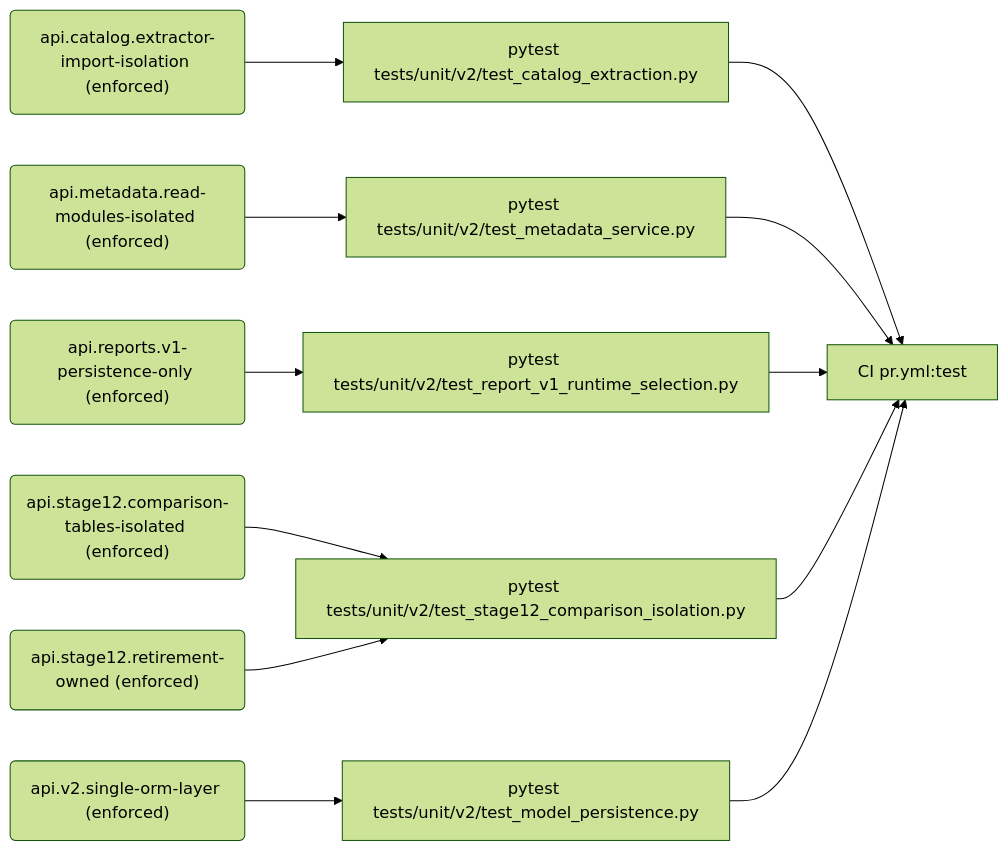
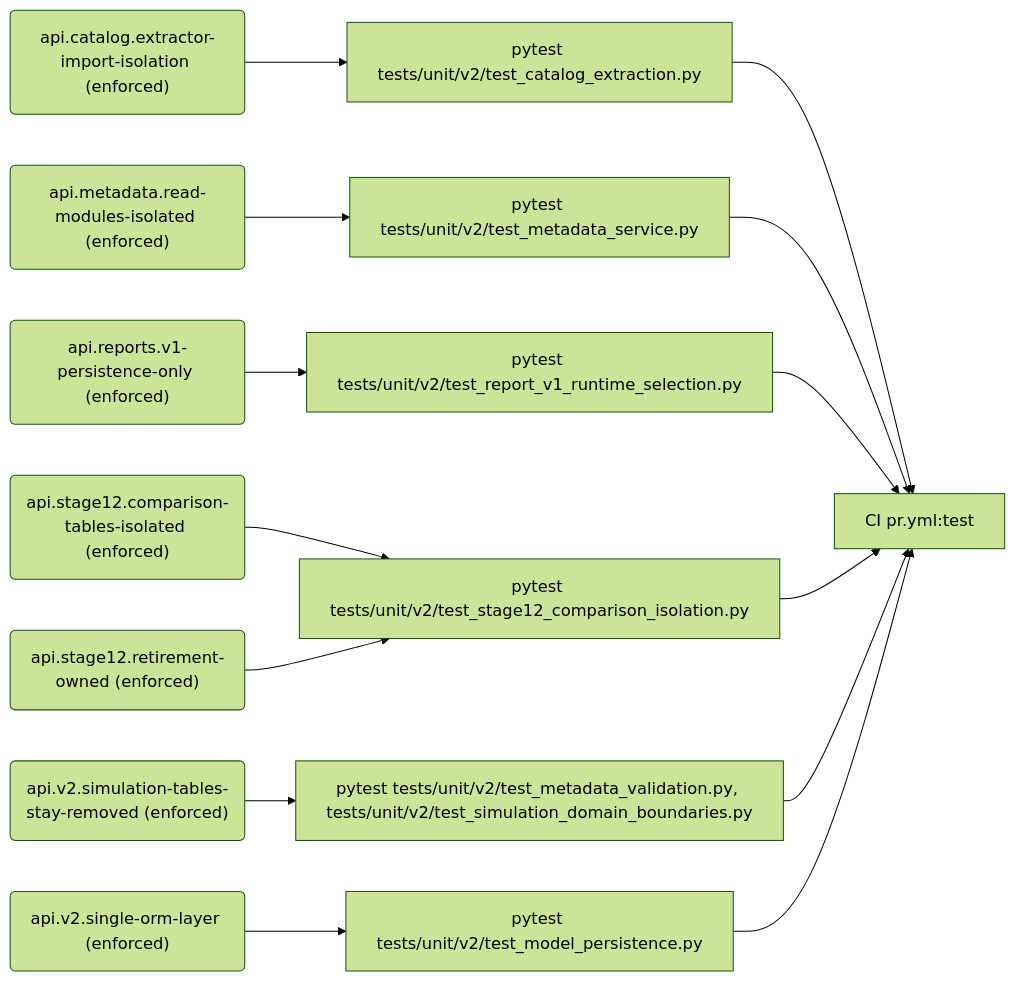
Before and after one commit to PolicyEngine/policyengine-api: the fourth of 11 diagrams in docs/generated/rules.md, drawn with Mermaid (forest theme). The commit also changed other lines of this file and 8 other files, not shown here.

First line of the commit message:
Register a rule that keeps the simulation-domain models removed

````diff
--- a/docs/generated/rules.md
+++ b/docs/generated/rules.md
@@ -212,26 +213,30 @@
 ```mermaid
 flowchart LR
   r_api_catalog_extractor_import_isolation("api.catalog.extractor-import-isolation (enforced)")
   e_pytest_tests_unit_v2_test_catalog_extraction_py["pytest tests/unit/v2/test_catalog_extraction.py"]
   j_CI_pr_yml_test["CI pr.yml:test"]
   r_api_metadata_read_modules_isolated("api.metadata.read-modules-isolated (enforced)")
   e_pytest_tests_unit_v2_test_metadata_service_py["pytest tests/unit/v2/test_metadata_service.py"]
   r_api_reports_v1_persistence_only("api.reports.v1-persistence-only (enforced)")
   e_pytest_tests_unit_v2_test_report_v1_runtime_selection_py["pytest tests/unit/v2/test_report_v1_runtime_selection.py"]
   r_api_stage12_comparison_tables_isolated("api.stage12.comparison-tables-isolated (enforced)")
   e_pytest_tests_unit_v2_test_stage12_comparison_isolation_py["pytest tests/unit/v2/test_stage12_comparison_isolation.py"]
   r_api_stage12_retirement_owned("api.stage12.retirement-owned (enforced)")
+  r_api_v2_simulation_tables_stay_removed("api.v2.simulation-tables-stay-removed (enforced)")
+  e_pytest_tests_unit_v2_test_metadata_validation_py__tests_unit_v2_test_simulation_domain_boundaries_py["pytest tests/unit/v2/test_metadata_validation.py, tests/unit/v2/test_simulation_domain_boundaries.py"]
   r_api_v2_single_orm_layer("api.v2.single-orm-layer (enforced)")
   e_pytest_tests_unit_v2_test_model_persistence_py["pytest tests/unit/v2/test_model_persistence.py"]
   r_api_catalog_extractor_import_isolation --> e_pytest_tests_unit_v2_test_catalog_extraction_py
   e_pytest_tests_unit_v2_test_catalog_extraction_py --> j_CI_pr_yml_test
   r_api_metadata_read_modules_isolated --> e_pytest_tests_unit_v2_test_metadata_service_py
   e_pytest_tests_unit_v2_test_metadata_service_py --> j_CI_pr_yml_test
   r_api_reports_v1_persistence_only --> e_pytest_tests_unit_v2_test_report_v1_runtime_selection_py
   e_pytest_tests_unit_v2_test_report_v1_runtime_selection_py --> j_CI_pr_yml_test
   r_api_stage12_comparison_tables_isolated --> e_pytest_tests_unit_v2_test_stage12_comparison_isolation_py
   e_pytest_tests_unit_v2_test_stage12_comparison_isolation_py --> j_CI_pr_yml_test
   r_api_stage12_retirement_owned --> e_pytest_tests_unit_v2_test_stage12_comparison_isolation_py
+  r_api_v2_simulation_tables_stay_removed --> e_pytest_tests_unit_v2_test_metadata_validation_py__tests_unit_v2_test_simulation_domain_boundaries_py
+  e_pytest_tests_unit_v2_test_metadata_validation_py__tests_unit_v2_test_simulation_domain_boundaries_py --> j_CI_pr_yml_test
   r_api_v2_single_orm_layer --> e_pytest_tests_unit_v2_test_model_persistence_py
   e_pytest_tests_unit_v2_test_model_persistence_py --> j_CI_pr_yml_test
 ```
````
